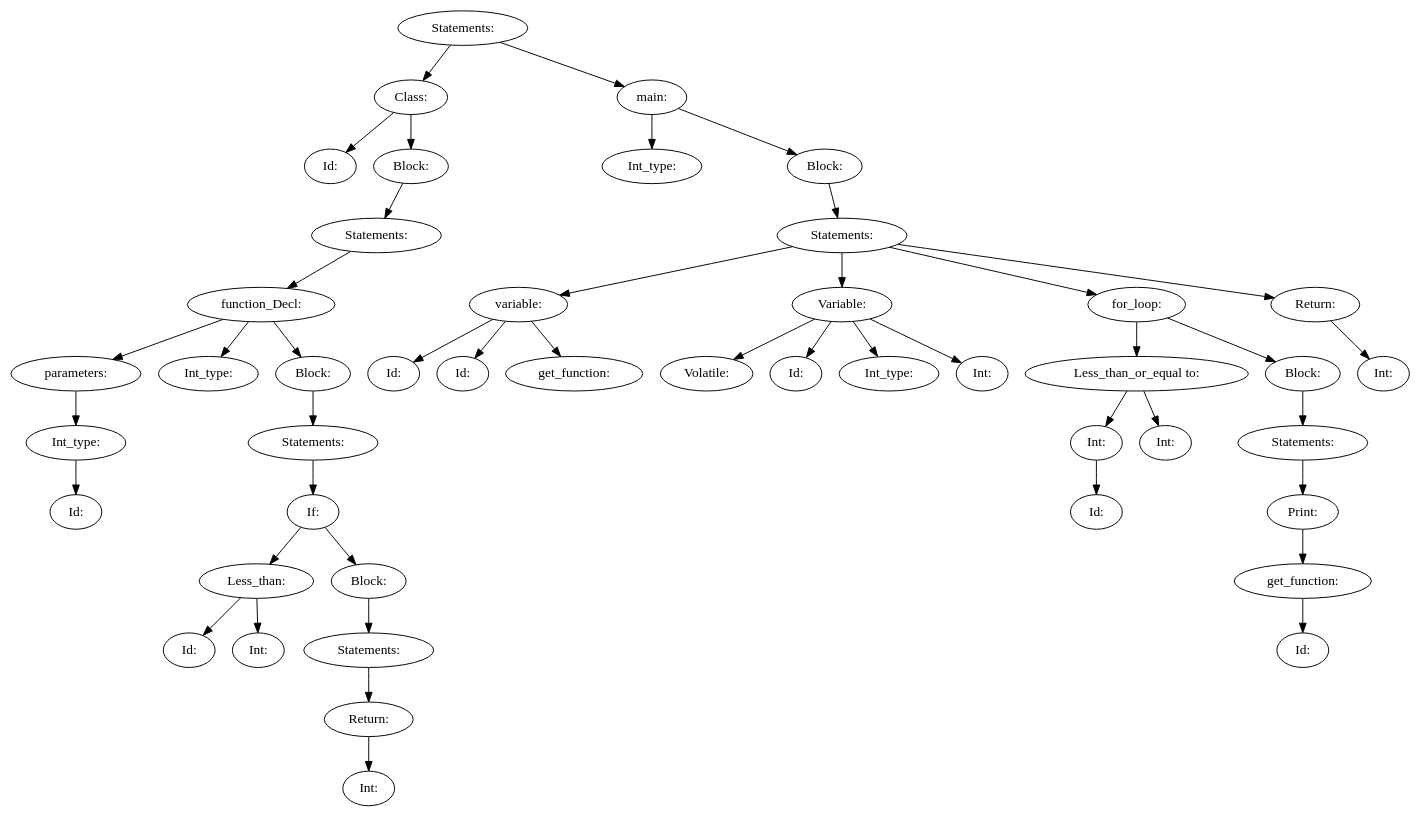
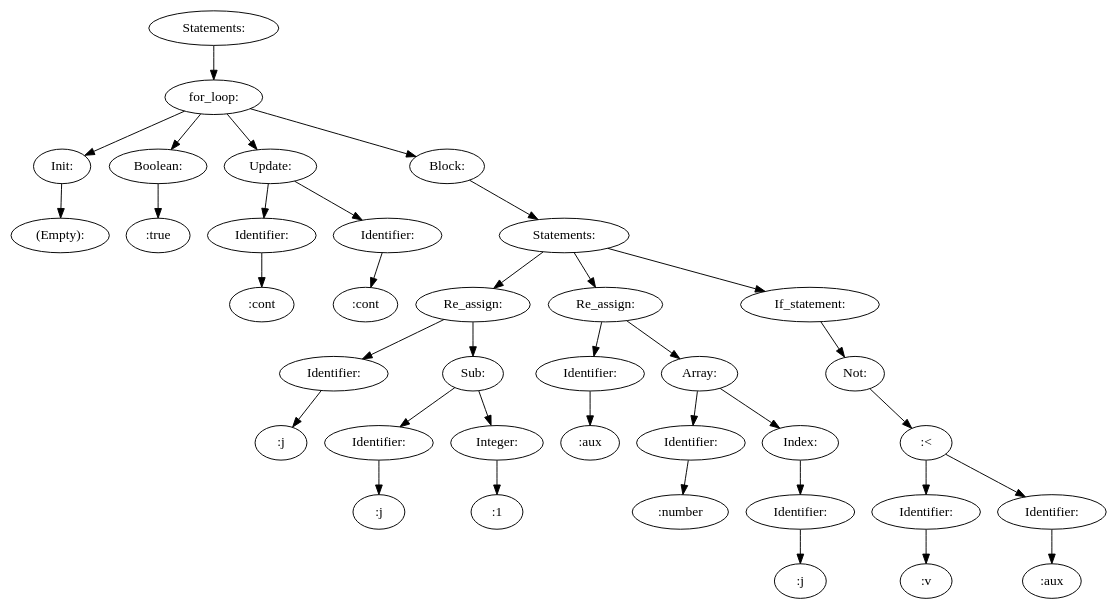
Before and after one commit to Elfving2/compiler_design_lab_1: the diagram in tree.dot, drawn with Graphviz. The commit also changed 21 other files, not shown here.

```diff
--- a/tree.dot
+++ b/tree.dot
@@ -1,91 +1,75 @@
 digraph {
 n0 [label="Statements:"];
-n1 [label="Class:"];
-n2 [label="Id:"];
+n1 [label="for_loop:"];
+n2 [label="Init:"];
+n3 [label="(Empty):"];
+n2 -> n3
 n1 -> n2
-n3 [label="Block:"];
-n4 [label="Statements:"];
-n5 [label="function_Decl:"];
-n6 [label="parameters:"];
-n7 [label="Int_type:"];
-n8 [label="Id:"];
+n4 [label="Boolean:"];
+n5 [label=":true"];
+n4 -> n5
+n1 -> n4
+n6 [label="Update:"];
+n7 [label="Identifier:"];
+n8 [label=":cont"];
 n7 -> n8
 n6 -> n7
-n5 -> n6
-n9 [label="Int_type:"];
-n5 -> n9
-n10 [label="Block:"];
-n11 [label="Statements:"];
-n12 [label="If:"];
-n13 [label="Less_than:"];
-n14 [label="Id:"];
+n9 [label="Identifier:"];
+n10 [label=":cont"];
+n9 -> n10
+n6 -> n9
+n1 -> n6
+n11 [label="Block:"];
+n12 [label="Statements:"];
+n13 [label="Re_assign:"];
+n14 [label="Identifier:"];
+n15 [label=":j"];
+n14 -> n15
 n13 -> n14
-n15 [label="Int:"];
-n13 -> n15
-n12 -> n13
-n16 [label="Block:"];
-n17 [label="Statements:"];
-n18 [label="Return:"];
-n19 [label="Int:"];
-n18 -> n19
+n16 [label="Sub:"];
+n17 [label="Identifier:"];
+n18 [label=":j"];
 n17 -> n18
 n16 -> n17
-n12 -> n16
+n19 [label="Integer:"];
+n20 [label=":1"];
+n19 -> n20
+n16 -> n19
+n13 -> n16
+n12 -> n13
+n21 [label="Re_assign:"];
+n22 [label="Identifier:"];
+n23 [label=":aux"];
+n22 -> n23
+n21 -> n22
+n24 [label="Array:"];
+n25 [label="Identifier:"];
+n26 [label=":number"];
+n25 -> n26
+n24 -> n25
+n27 [label="Index:"];
+n28 [label="Identifier:"];
+n29 [label=":j"];
+n28 -> n29
+n27 -> n28
+n24 -> n27
+n21 -> n24
+n12 -> n21
+n30 [label="If_statement:"];
+n31 [label="Not:"];
+n32 [label=":<"];
+n33 [label="Identifier:"];
+n34 [label=":v"];
+n33 -> n34
+n32 -> n33
+n35 [label="Identifier:"];
+n36 [label=":aux"];
+n35 -> n36
+n32 -> n35
+n31 -> n32
+n30 -> n31
+n12 -> n30
 n11 -> n12
-n10 -> n11
-n5 -> n10
-n4 -> n5
-n3 -> n4
-n1 -> n3
+n1 -> n11
 n0 -> n1
-n20 [label="main:"];
-n21 [label="Int_type:"];
-n20 -> n21
-n22 [label="Block:"];
-n23 [label="Statements:"];
-n24 [label="variable:"];
-n25 [label="Id:"];
-n24 -> n25
-n26 [label="Id:"];
-n24 -> n26
-n27 [label="get_function:"];
-n24 -> n27
-n23 -> n24
-n28 [label="Variable:"];
-n29 [label="Volatile:"];
-n28 -> n29
-n30 [label="Id:"];
-n28 -> n30
-n31 [label="Int_type:"];
-n28 -> n31
-n32 [label="Int:"];
-n28 -> n32
-n23 -> n28
-n33 [label="for_loop:"];
-n34 [label="Less_than_or_equal to:"];
-n35 [label="Int:"];
-n36 [label="Id:"];
-n35 -> n36
-n34 -> n35
-n37 [label="Int:"];
-n34 -> n37
-n33 -> n34
-n38 [label="Block:"];
-n39 [label="Statements:"];
-n40 [label="Print:"];
-n41 [label="get_function:"];
-n42 [label="Id:"];
-n41 -> n42
-n40 -> n41
-n39 -> n40
-n38 -> n39
-n33 -> n38
-n23 -> n33
-n43 [label="Return:"];
-n44 [label="Int:"];
-n43 -> n44
-n23 -> n43
-n22 -> n23
-n20 -> n22
-n0 -> n20
 }
```
